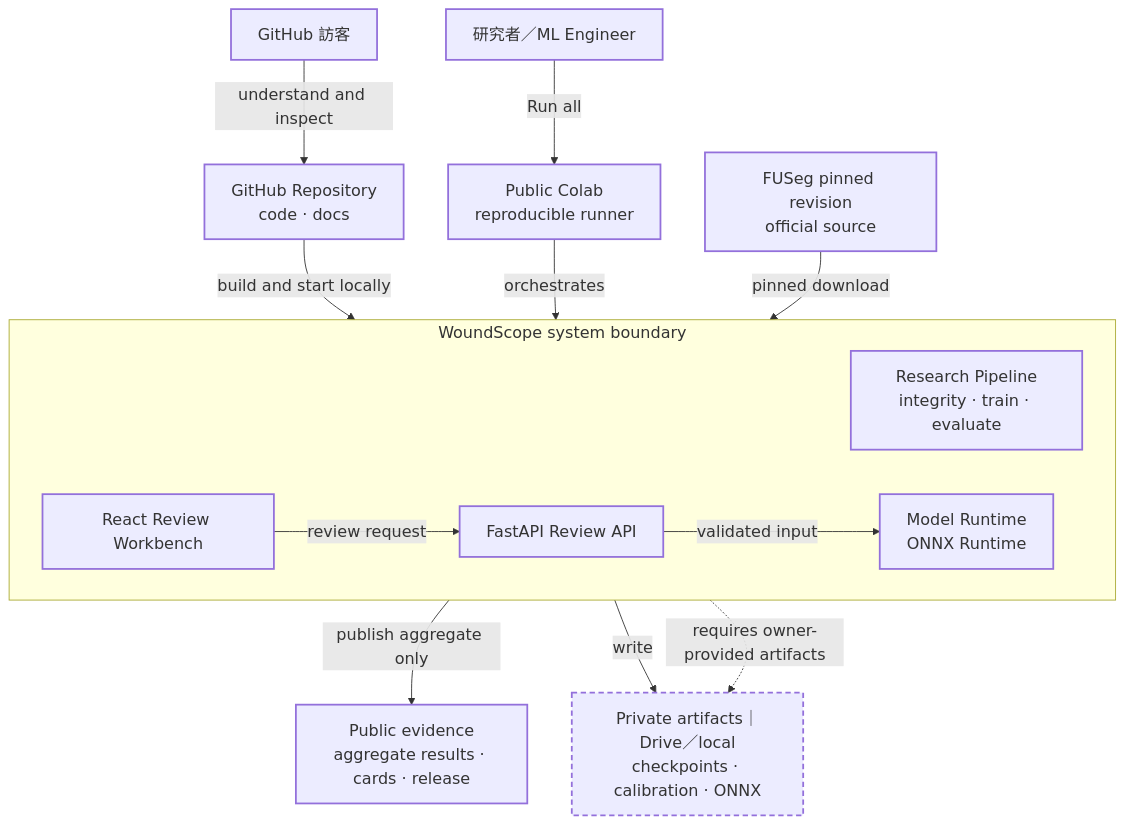
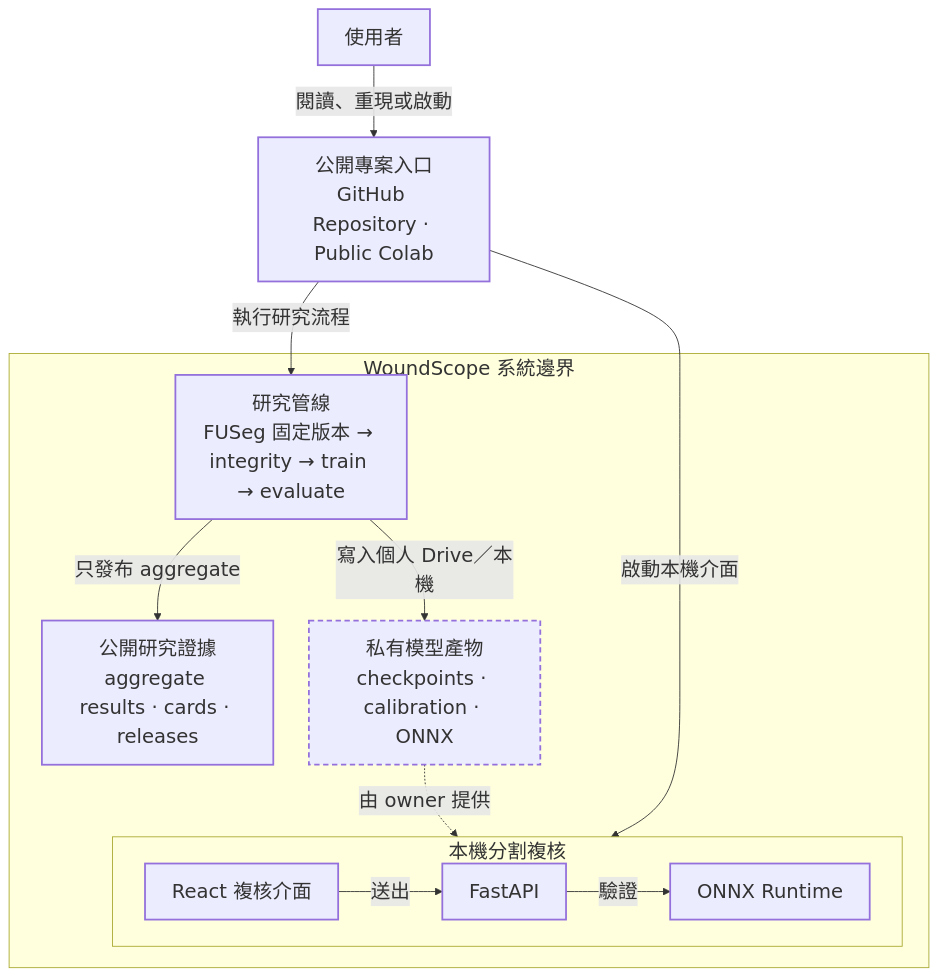
Before and after one commit to kuotunyu/WoundScope: the first of 3 diagrams in README.md, drawn with Mermaid. The commit also changed other lines of this file and 1 other file, not shown here.

Commit message:
docs: improve Mermaid diagram readability

````diff
--- a/README.md
+++ b/README.md
@@ -25,38 +25,35 @@
 ```mermaid
-%%{init: {"themeVariables": {"fontSize": "18px", "fontFamily": "Arial, sans-serif"}}}%%
+%%{init: {"themeVariables": {"fontSize": "22px", "fontFamily": "Arial, sans-serif"}, "flowchart": {"nodeSpacing": 40, "rankSpacing": 48, "curve": "basis"}}}%%
 flowchart TB
-    Visitor["GitHub 訪客"]:::actor
-    Engineer["研究者／ML Engineer"]:::actor
-    Repo["GitHub Repository<br/>code · docs"]:::public
-    Colab["Public Colab<br/>reproducible runner"]:::public
-    FUSeg["FUSeg pinned revision<br/>official source"]:::external
+    User["使用者"]:::actor
+    Entry["公開專案入口<br/>GitHub Repository · Public Colab"]:::public
 
-    subgraph WoundScope["WoundScope system boundary"]
-        direction LR
-        Pipeline["Research Pipeline<br/>integrity · train · evaluate"]:::process
-        UI["React Review Workbench"]:::component
-        API["FastAPI Review API"]:::component
-        Runtime["Model Runtime<br/>ONNX Runtime"]:::component
-        UI -->|"review request"| API -->|"validated input"| Runtime
+    subgraph WoundScope["WoundScope 系統邊界"]
+        Pipeline["研究管線<br/>FUSeg 固定版本 → integrity → train → evaluate"]:::process
+        Evidence["公開研究證據<br/>aggregate results · cards · releases"]:::evidence
+        Private["私有模型產物<br/>checkpoints · calibration · ONNX"]:::private
+
+        subgraph Review["本機分割複核"]
+            direction LR
+            UI["React 複核介面"]:::component
+            API["FastAPI"]:::component
+            Runtime["ONNX Runtime"]:::component
+            UI -->|"送出"| API -->|"驗證"| Runtime
+        end
+
+        Pipeline -->|"只發布 aggregate"| Evidence
+        Pipeline -->|"寫入個人 Drive／本機"| Private
+        Private -.->|"由 owner 提供"| Runtime
     end
 
-    Evidence["Public evidence<br/>aggregate results · cards · release"]:::evidence
-    Private["Private artifacts｜Drive／local<br/>checkpoints · calibration · ONNX"]:::private
-
-    Visitor -->|"understand and inspect"| Repo
-    Engineer -->|"Run all"| Colab
-    Repo -->|"build and start locally"| UI
-    Colab -->|"orchestrates"| Pipeline
-    FUSeg -->|"pinned download"| Pipeline
-    Pipeline -->|"publish aggregate only"| Evidence
-    Pipeline -->|"write"| Private
-    Runtime -.->|"requires owner-provided artifacts"| Private
+    User -->|"閱讀、重現或啟動"| Entry
+    Entry -->|"執行研究流程"| Pipeline
+    Entry -->|"啟動本機介面"| UI
 
     classDef actor stroke-width:2px;
     classDef public stroke-width:2px;
-    classDef external stroke-width:2px;
     classDef evidence stroke-width:2px;
     classDef process stroke-width:2px;
     classDef component stroke-width:2px;
     classDef private stroke-width:2px,stroke-dasharray:6 4;
 ```
````
